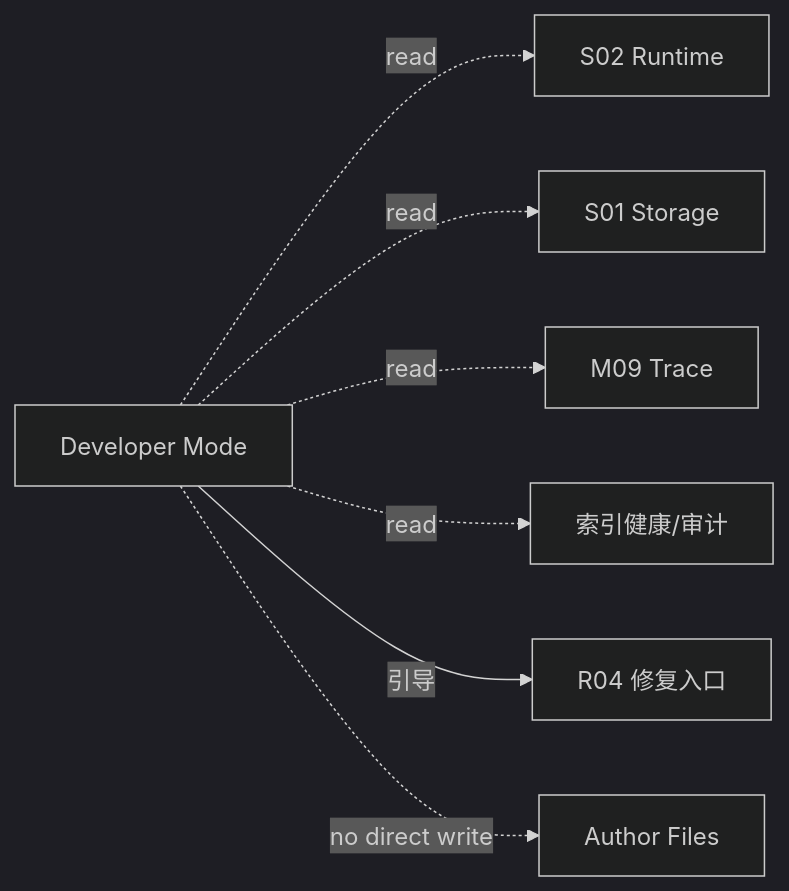
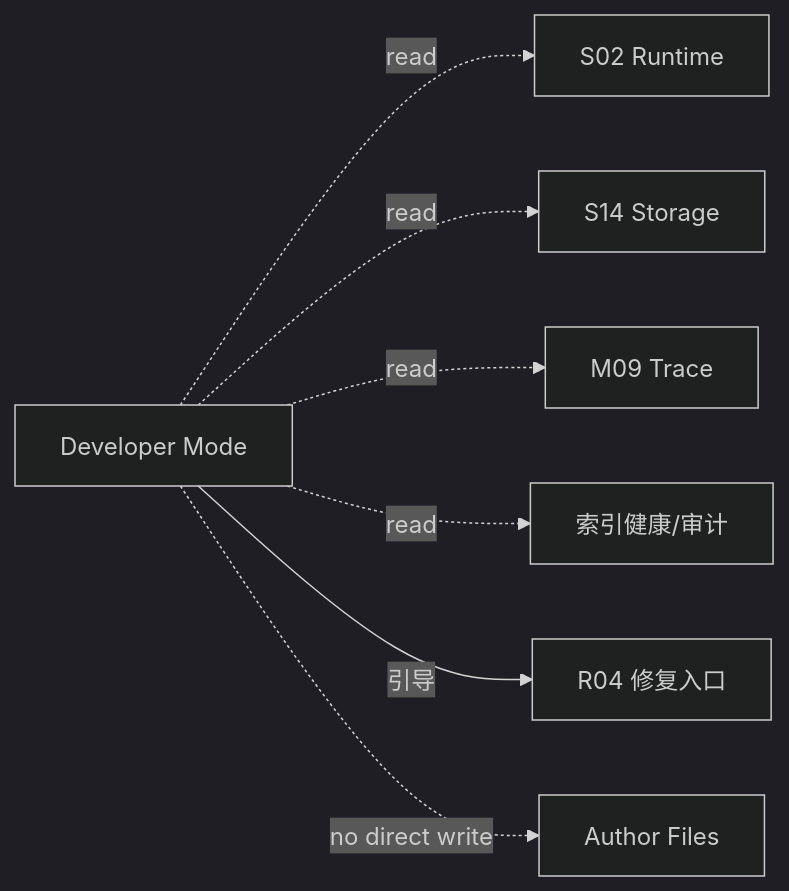
Before and after one commit to jinhuang712/open-novel: the diagram in spec/M18-developer-mode.md, drawn with Mermaid (dark theme). The commit also changed other lines of this file and 79 other files, not shown here.

````diff
--- a/spec/M18-developer-mode.md
+++ b/spec/M18-developer-mode.md
@@ -9,9 +11,9 @@
 ```mermaid
 flowchart LR
   Dev[Developer Mode] -.read.-> Runtime[S02 Runtime]
-  Dev -.read.-> Storage[S01 Storage]
+  Dev -.read.-> Storage[S14 Storage]
   Dev -.read.-> Trace[M09 Trace]
   Dev -.read.-> Audit[索引健康/审计]
   Dev -->|引导| Repair[R04 修复入口]
   Dev -.no direct write.-> Files[Author Files]
 ```
````
